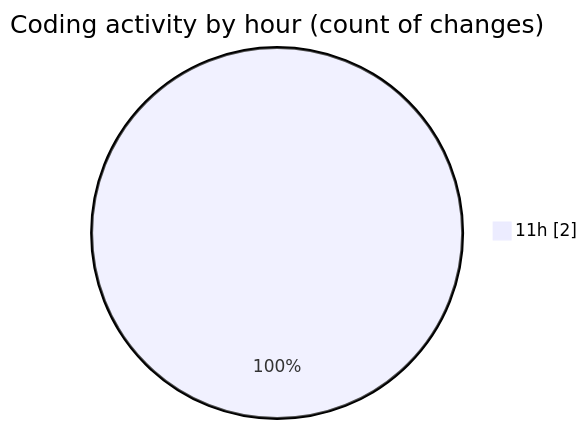
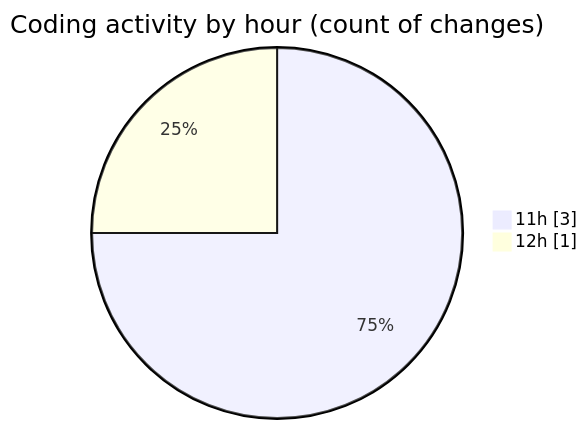
One commit to idhammustaqopulfikri/code-tracking changed the second of 2 diagrams in 2025-06-07/studio-backend/README.md. Above: the diagram before and after it, drawn with Mermaid. The commit also changed other lines of this file and 1 other file, not shown here.

````diff
--- a/2025-06-07/studio-backend/README.md
+++ b/2025-06-07/studio-backend/README.md
@@ -29,5 +31,6 @@
 ```mermaid
 pie showData
 title Coding activity by hour (count of changes)
-"11h" : 2
+"11h" : 3
+"12h" : 1
 ```
````
